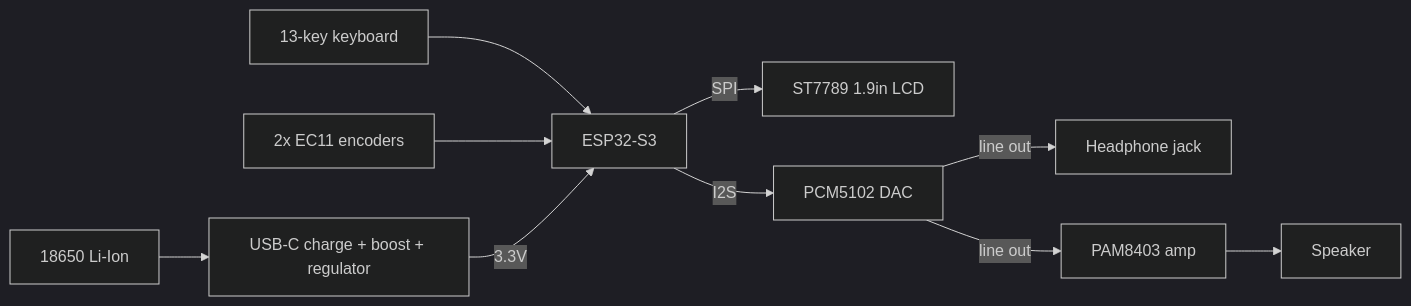
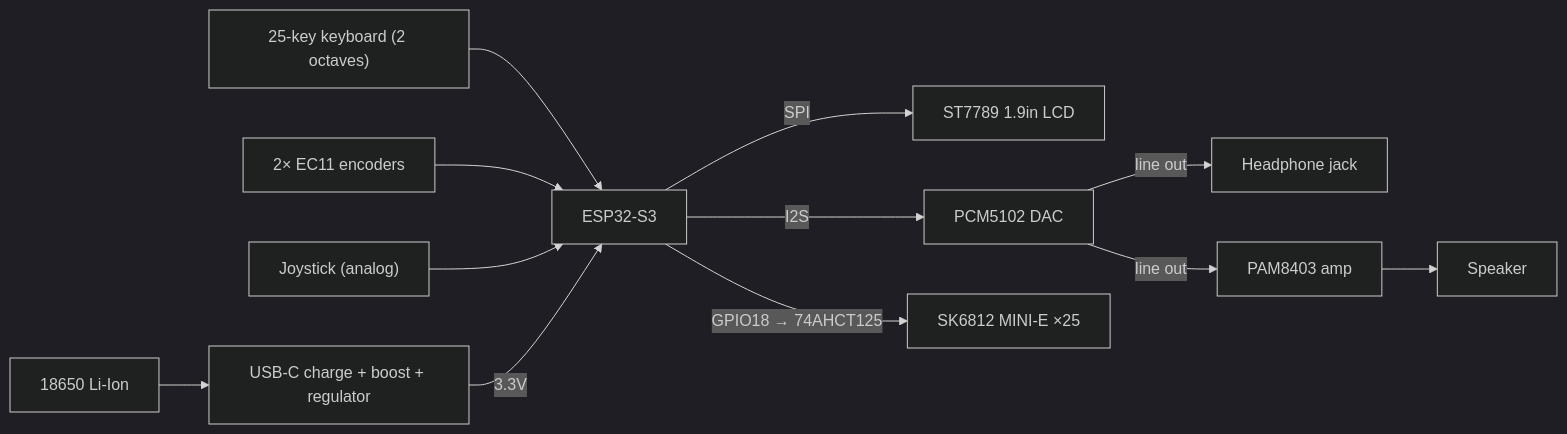
The first of 3 diagrams in docs/hardware/README.md (salazarr-js/pocket-groovebox), drawn with Mermaid (dark theme) before and after one commit. The commit also changed other lines of this file, not shown here.

````diff
--- a/docs/hardware/README.md
+++ b/docs/hardware/README.md
@@ -19,12 +19,14 @@
 ```mermaid
 flowchart LR
-    KEYS["13-key keyboard"] --> MCU["ESP32-S3"]
-    ENC["2x EC11 encoders"] --> MCU
+    KEYS["25-key keyboard (2 octaves)"] --> MCU["ESP32-S3"]
+    ENC["2× EC11 encoders"] --> MCU
+    JOY["Joystick (analog)"] --> MCU
     MCU -->|SPI| LCD["ST7789 1.9in LCD"]
     MCU -->|I2S| DAC["PCM5102 DAC"]
+    MCU -->|"GPIO18 → 74AHCT125"| LED["SK6812 MINI-E ×25"]
     DAC -->|line out| HP["Headphone jack"]
     DAC -->|line out| AMP["PAM8403 amp"]
     AMP --> SPK["Speaker"]
     BATT["18650 Li-Ion"] --> PWR["USB-C charge + boost + regulator"]
     PWR -->|3.3V| MCU
 ```
````
